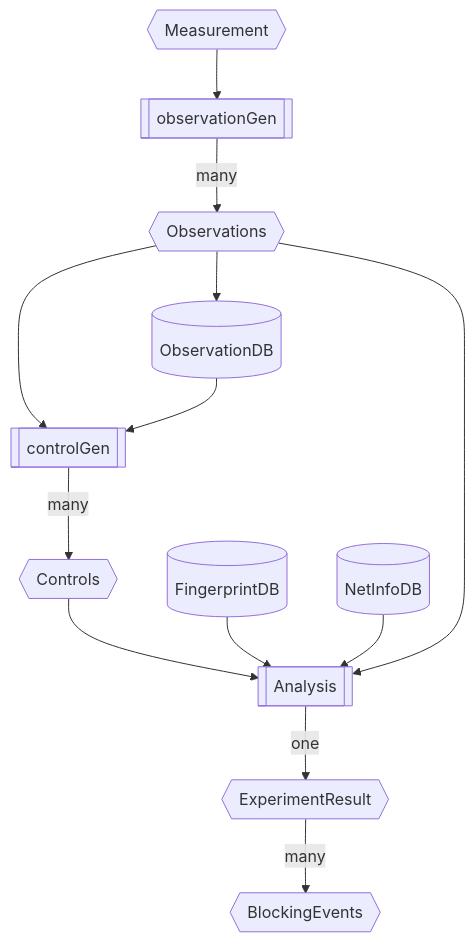
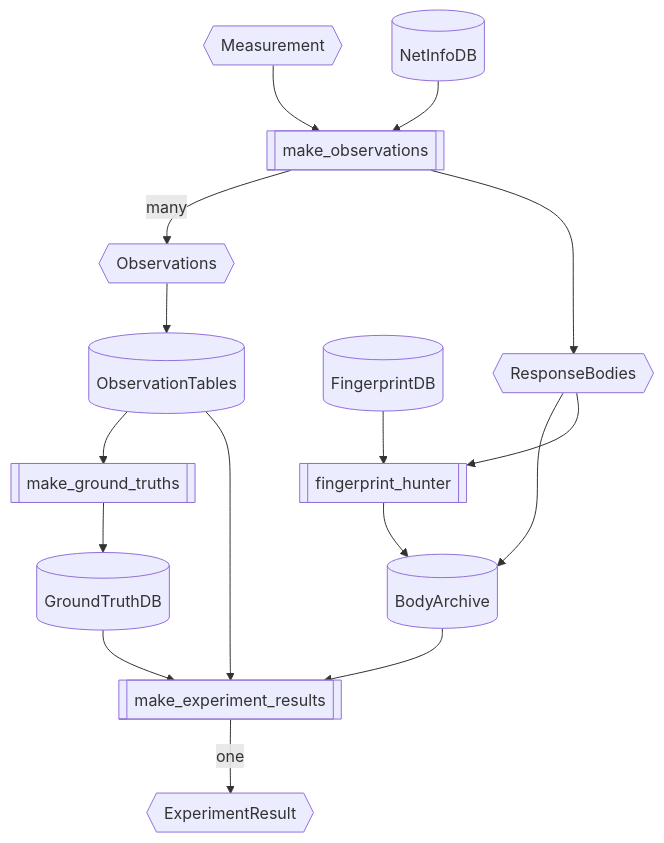
One commit to ooni/data changed the first of 3 diagrams in Readme.md. Above: the diagram before and after it, drawn with Mermaid. The commit also changed other lines of this file and 35 other files, not shown here.

First line of the commit message:
Very Wide Observation Rows + Experiment generation (#17)

````diff
--- a/Readme.md
+++ b/Readme.md
@@ -129,15 +47,19 @@
 ```mermaid
 graph
-    M{{Measurement}} --> OGEN[[observationGen]]
+    M{{Measurement}} --> OGEN[[make_observations]]
     OGEN --> |many| O{{Observations}}
-    O --> CGEN[[controlGen]]
-    O --> ODB[(ObservationDB)]
-    ODB --> CGEN
-    CGEN --> |many| CTRL{{Controls}}
-    CTRL --> A[[Analysis]]
-    FDB[(FingerprintDB)] --> A
-    NDB[(NetInfoDB)] --> A
-    O --> A
-    A --> |one| ER{{ExperimentResult}}
-    ER --> |many| BE{{BlockingEvents}}
+    NDB[(NetInfoDB)] --> OGEN
+    OGEN --> RB{{ResponseBodies}}
+    RB --> BA[(BodyArchive)]
+    FDB[(FingerprintDB)] --> FPH
+    FPH --> BA
+    RB --> FPH[[fingerprint_hunter]]
+    O --> ODB[(ObservationTables)]
+
+    ODB --> MKGT[[make_ground_truths]]
+    MKGT --> GTDB[(GroundTruthDB)]
+    GTDB --> MKER
+    BA --> MKER
+    ODB --> MKER[[make_experiment_results]]
+    MKER --> |one| ER{{ExperimentResult}}
 ```
````
